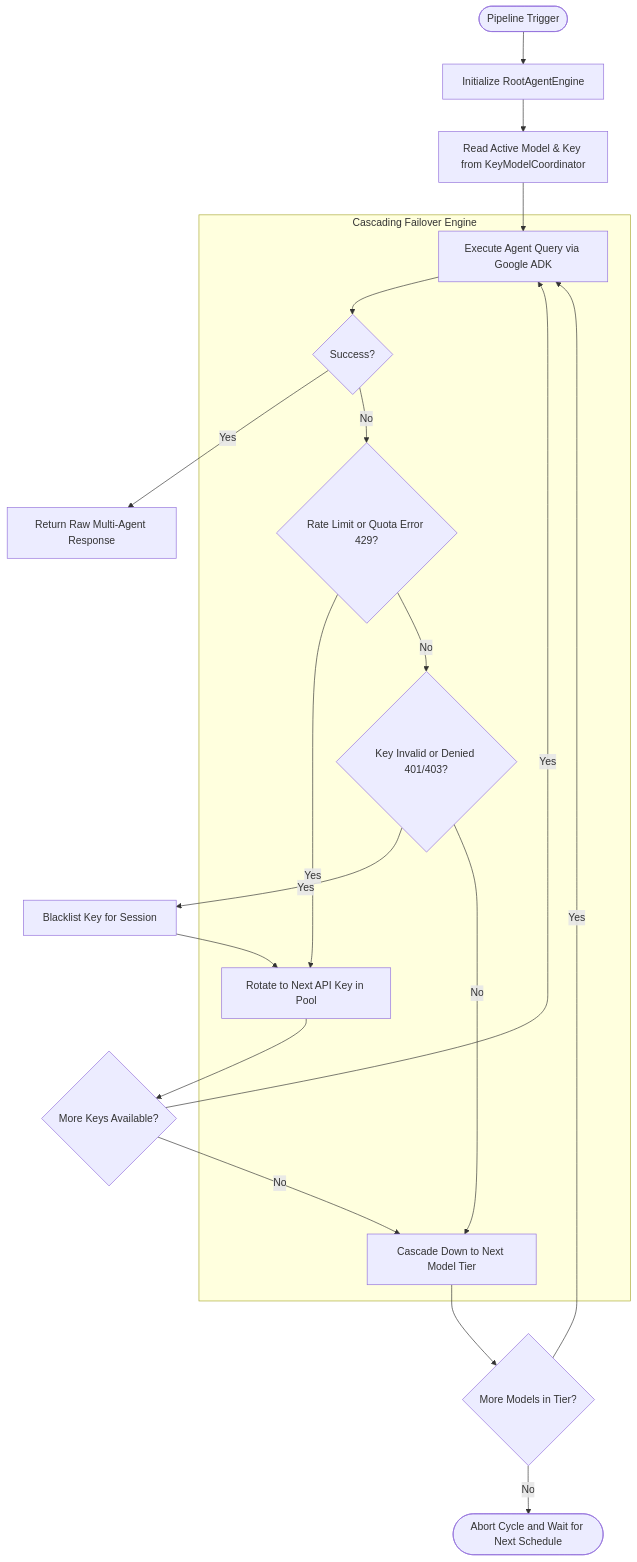
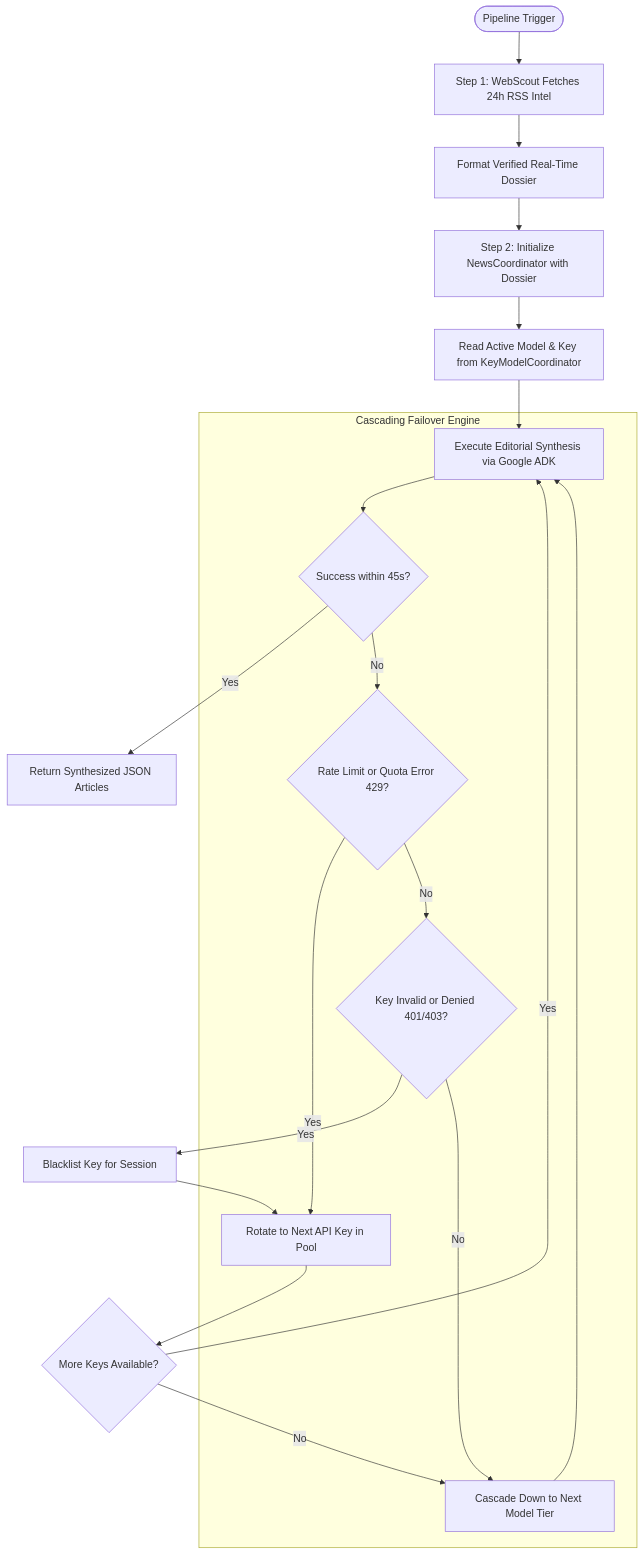
One commit to AnamolZ/lucid-trend changed the second of 5 diagrams in docs/mechanism.md. Above: the diagram before and after it, drawn with Mermaid. The commit also changed other lines of this file and 2 other files, not shown here.

First line of the commit message:
docs: update README, architecture diagrams, and operational guides with 2-stage pipeline and Cloudflare FLUX cascade

````diff
--- a/docs/mechanism.md
+++ b/docs/mechanism.md
@@ -83,33 +87,32 @@
 ```mermaid
 flowchart TD
-    Start([Pipeline Trigger]) --> Init[Initialize RootAgentEngine]
-    Init --> CheckActive[Read Active Model & Key from KeyModelCoordinator]
+    Start([Pipeline Trigger]) --> Scout[Step 1: WebScout Fetches 24h RSS Intel]
+    Scout --> Dossier[Format Verified Real-Time Dossier]
+    Dossier --> InitAgent[Step 2: Initialize NewsCoordinator with Dossier]
+    InitAgent --> CheckActive[Read Active Model & Key from KeyModelCoordinator]
     
     subgraph FailoverLoop ["Cascading Failover Engine"]
-        Execute[Execute Agent Query via Google ADK]
-        Success{Success?}
+        Execute[Execute Editorial Synthesis via Google ADK]
+        Success{Success within 45s?}
         Is429{Rate Limit or Quota Error 429?}
         IsAuth{Key Invalid or Denied 401/403?}
         RotateKey[Rotate to Next API Key in Pool]
         CascadeModel[Cascade Down to Next Model Tier]
     end
 
     CheckActive --> Execute
     Execute --> Success
-    Success -- Yes --> ReturnRaw[Return Raw Multi-Agent Response]
+    Success -- Yes --> ReturnRaw[Return Synthesized JSON Articles]
     Success -- No --> Is429
     
     Is429 -- Yes --> RotateKey
     Is429 -- No --> IsAuth
     
     IsAuth -- Yes --> Blacklist[Blacklist Key for Session] --> RotateKey
     IsAuth -- No --> CascadeModel
     
     RotateKey --> KeysRemaining{More Keys Available?}
     KeysRemaining -- Yes --> Execute
     KeysRemaining -- No --> CascadeModel
-    
-    CascadeModel --> ModelsRemaining{More Models in Tier?}
-    ModelsRemaining -- Yes --> Execute
-    ModelsRemaining -- No --> TerminateCycle([Abort Cycle and Wait for Next Schedule])
+    CascadeModel --> Execute
 ```
````
